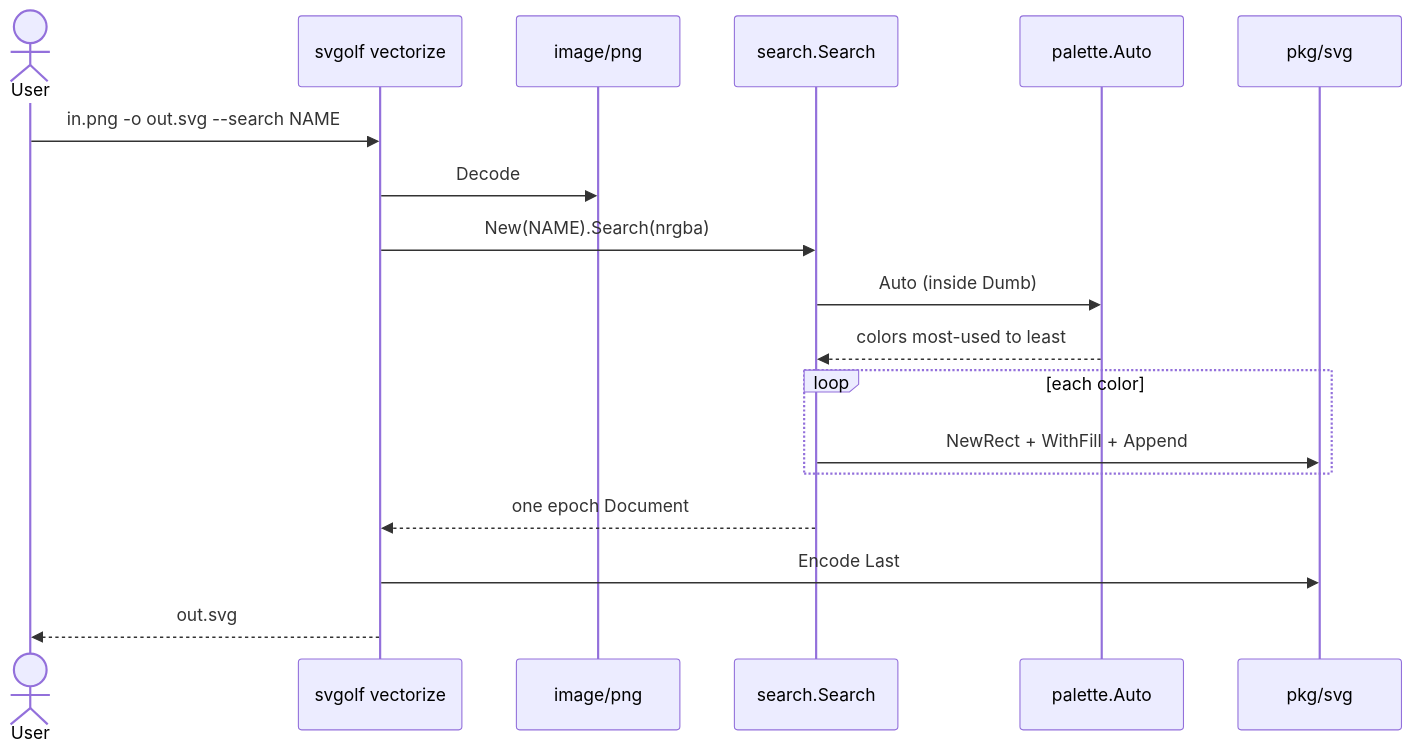
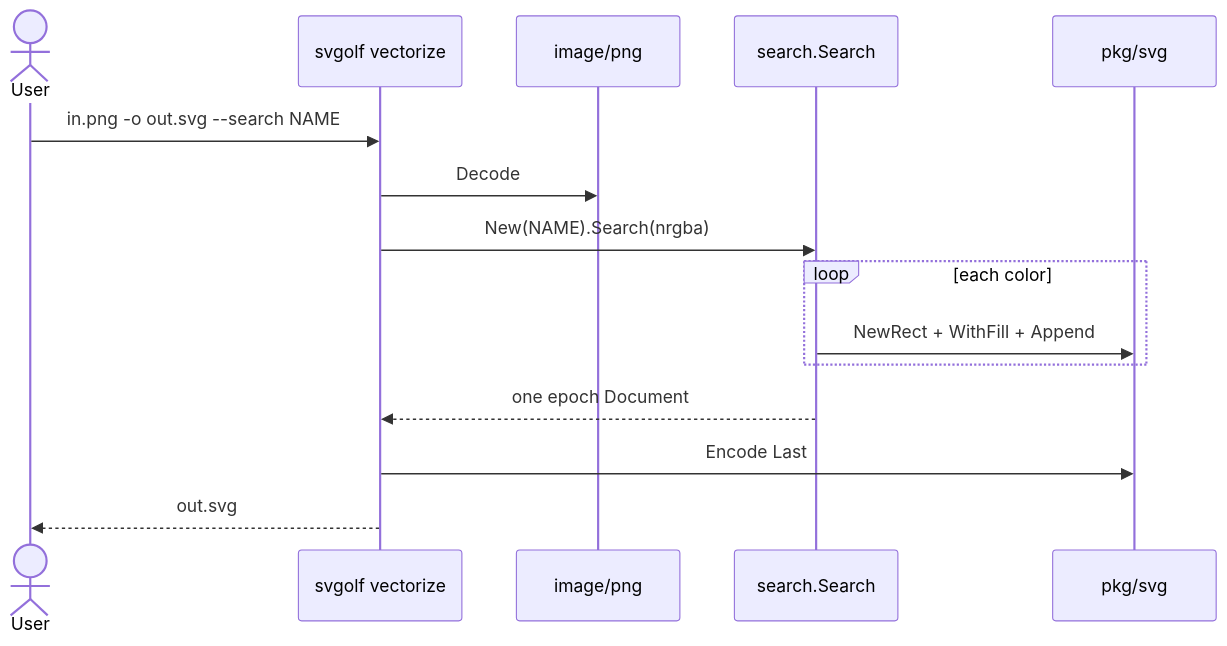
Before and after one commit to lewtec/svgolf: the second of 5 diagrams in SPEC.md, drawn with Mermaid. The commit also changed other lines of this file and 16 other files, not shown here.

First line of the commit message:
refactor(search): isolate Dumb behind prelude

````diff
--- a/SPEC.md
+++ b/SPEC.md
@@ -1023,20 +953,17 @@
 ```mermaid
 sequenceDiagram
   actor User
   participant CLI as svgolf vectorize
   participant PNG as image/png
   participant Search as search.Search
-  participant Pal as palette.Auto
   participant SVG as pkg/svg
   User->>CLI: in.png -o out.svg --search NAME
   CLI->>PNG: Decode
   CLI->>Search: New(NAME).Search(nrgba)
-  Search->>Pal: Auto (inside Dumb)
-  Pal-->>Search: colors most-used to least
   loop each color
     Search->>SVG: NewRect + WithFill + Append
   end
   Search-->>CLI: one epoch Document
   CLI->>SVG: Encode Last
   CLI-->>User: out.svg
 ```
````
